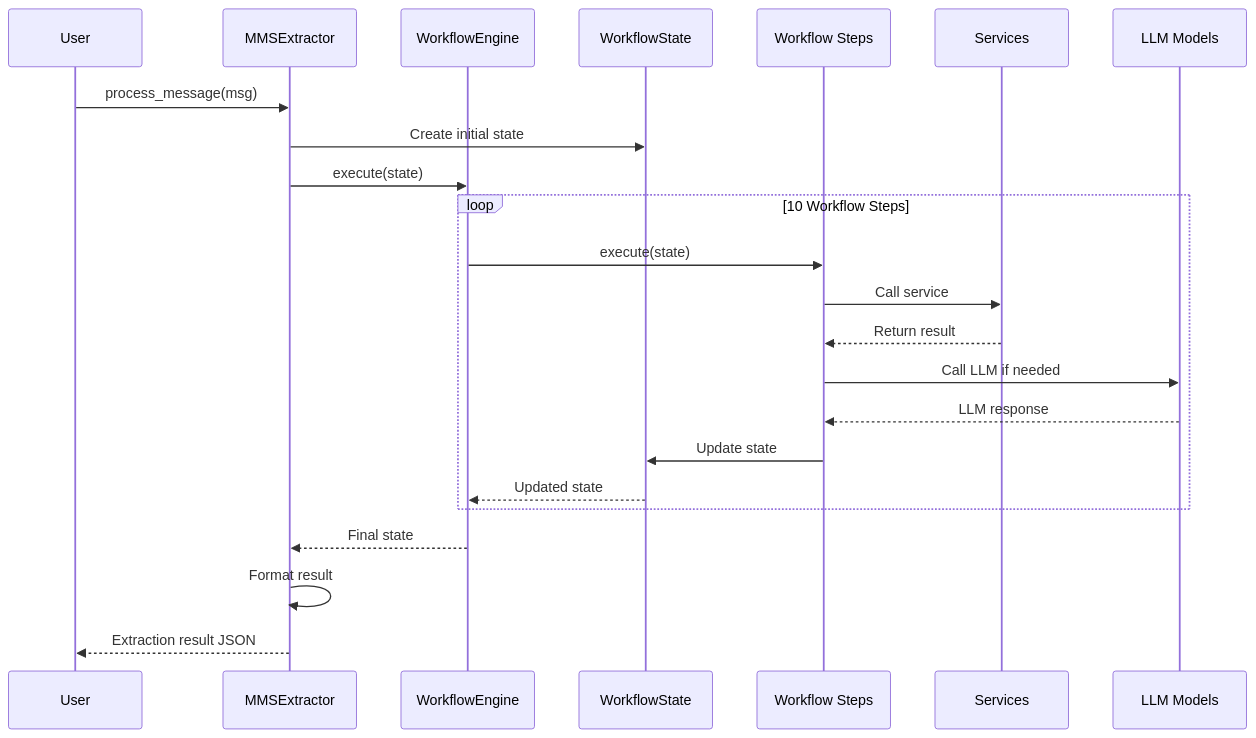
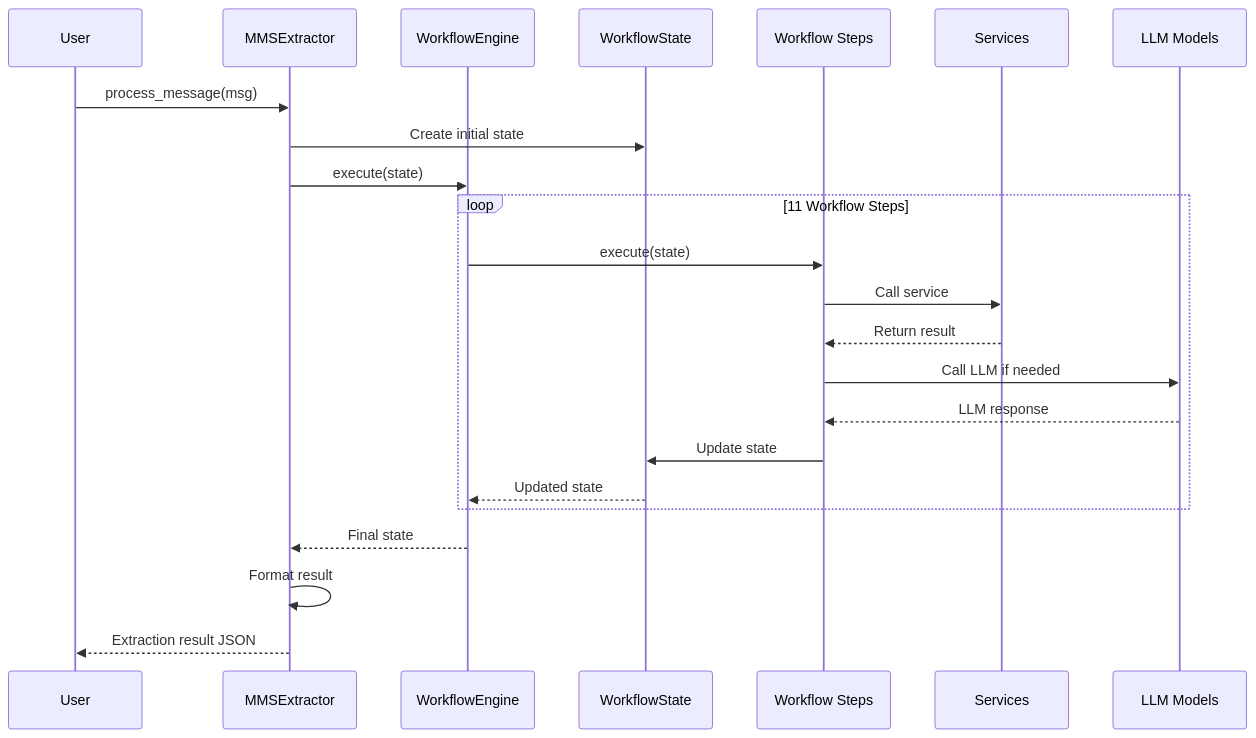
The second of 4 diagrams in mms_extractor_exp/docs/ARCHITECTURE.md (yonggoghi/AgenticWorkflow), drawn with Mermaid before and after one commit. The commit also changed other lines of this file and 9 other files, not shown here.

````diff
--- a/mms_extractor_exp/docs/ARCHITECTURE.md
+++ b/mms_extractor_exp/docs/ARCHITECTURE.md
@@ -132,28 +132,28 @@
 ```mermaid
 sequenceDiagram
     participant User
     participant Extractor as MMSExtractor
     participant Engine as WorkflowEngine
     participant State as WorkflowState
     participant Steps as Workflow Steps
     participant Services as Services
     participant LLM as LLM Models
     
     User->>Extractor: process_message(msg)
     Extractor->>State: Create initial state
     Extractor->>Engine: execute(state)
     
-    loop 10 Workflow Steps
+    loop 11 Workflow Steps
         Engine->>Steps: execute(state)
         Steps->>Services: Call service
         Services-->>Steps: Return result
         Steps->>LLM: Call LLM if needed
         LLM-->>Steps: LLM response
         Steps->>State: Update state
         State-->>Engine: Updated state
     end
     
     Engine-->>Extractor: Final state
     Extractor->>Extractor: Format result
     Extractor-->>User: Extraction result JSON
 ```
````
